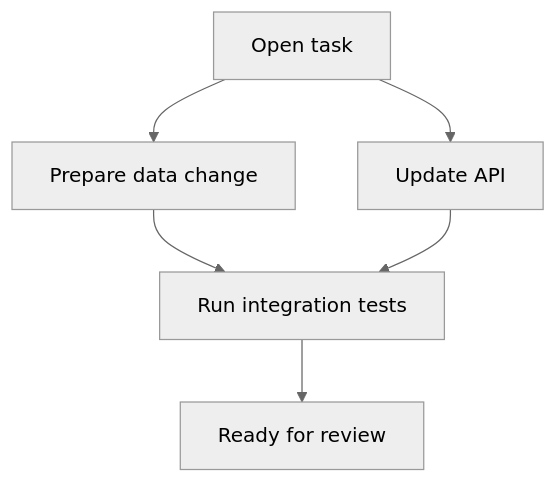
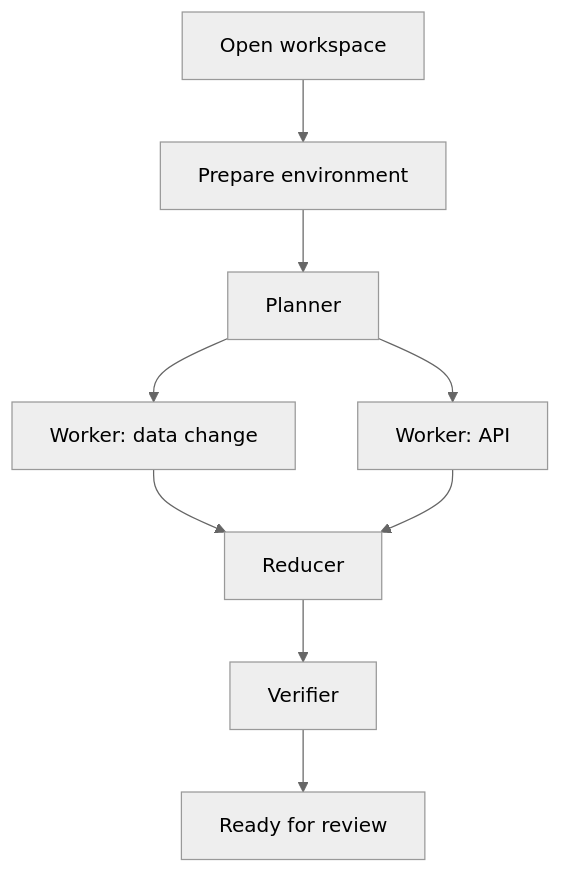
One commit to seasnoke/docs changed the first of 2 diagrams in content/docs/core-concepts/workflows.mdx. Above: the diagram before and after it, drawn with Mermaid (neutral theme). The commit also changed other lines of this file and 11 other files, not shown here.

````diff
--- a/content/docs/core-concepts/workflows.mdx
+++ b/content/docs/core-concepts/workflows.mdx
@@ -11,8 +11,11 @@
 ```mermaid
 flowchart TD
-  A[Open task] --> B[Prepare data change]
-  A --> C[Update API]
-  B --> D[Run integration tests]
-  C --> D
-  D --> E[Ready for review]
+  A[Open workspace] --> B[Prepare environment]
+  B --> C[Planner]
+  C --> D[Worker: data change]
+  C --> E[Worker: API]
+  D --> F[Reducer]
+  E --> F
+  F --> G[Verifier]
+  G --> H[Ready for review]
 ```
````
